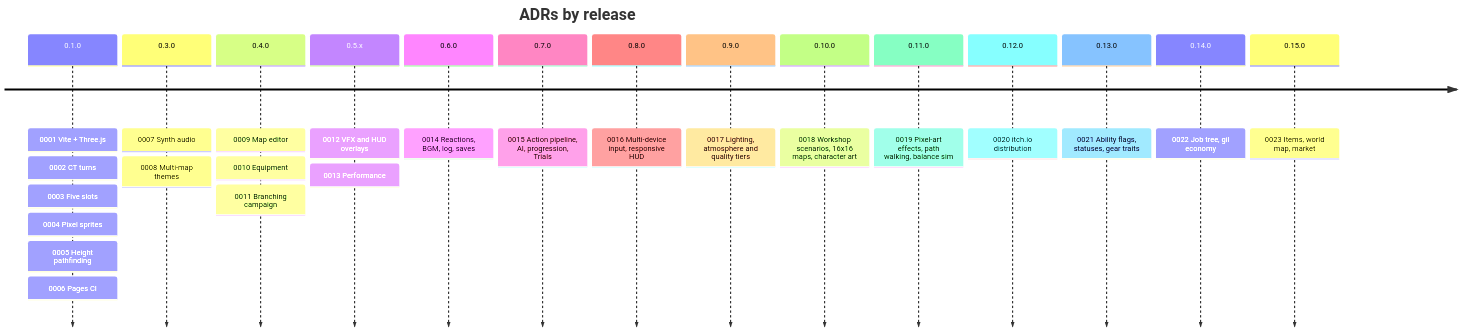
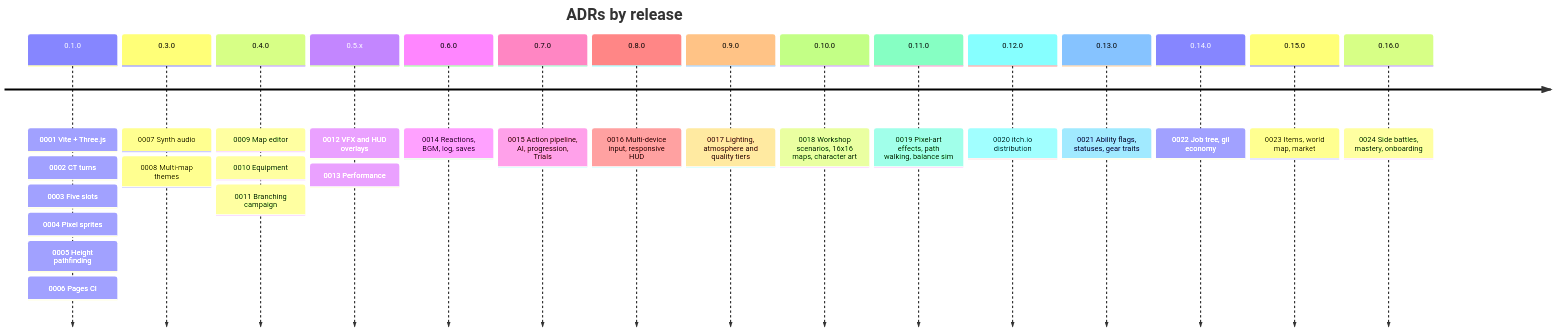
Before and after one commit to CptNope/Chess-RPG-Tactics: the second of 2 diagrams in docs/README.md, drawn with Mermaid. The commit also changed other lines of this file and 38 other files, not shown here.

````diff
--- a/docs/README.md
+++ b/docs/README.md
@@ -52,18 +52,19 @@
 ```mermaid
 timeline
     title ADRs by release
     0.1.0 : 0001 Vite + Three.js : 0002 CT turns : 0003 Five slots : 0004 Pixel sprites : 0005 Height pathfinding : 0006 Pages CI
     0.3.0 : 0007 Synth audio : 0008 Multi-map themes
     0.4.0 : 0009 Map editor : 0010 Equipment : 0011 Branching campaign
     0.5.x : 0012 VFX and HUD overlays : 0013 Performance
     0.6.0 : 0014 Reactions, BGM, log, saves
     0.7.0 : 0015 Action pipeline, AI, progression, Trials
     0.8.0 : 0016 Multi-device input, responsive HUD
     0.9.0 : 0017 Lighting, atmosphere and quality tiers
     0.10.0 : 0018 Workshop scenarios, 16x16 maps, character art
     0.11.0 : 0019 Pixel-art effects, path walking, balance sim
     0.12.0 : 0020 itch.io distribution
     0.13.0 : 0021 Ability flags, statuses, gear traits
     0.14.0 : 0022 Job tree, gil economy
     0.15.0 : 0023 Items, world map, market
+    0.16.0 : 0024 Side battles, mastery, onboarding
 ```
````
